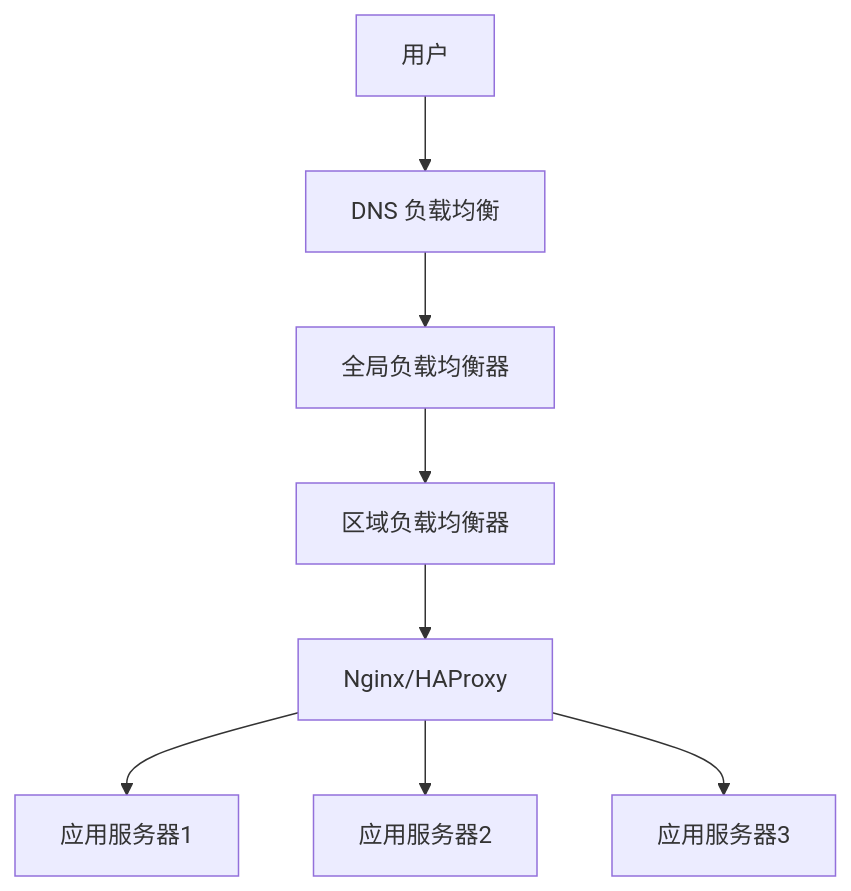
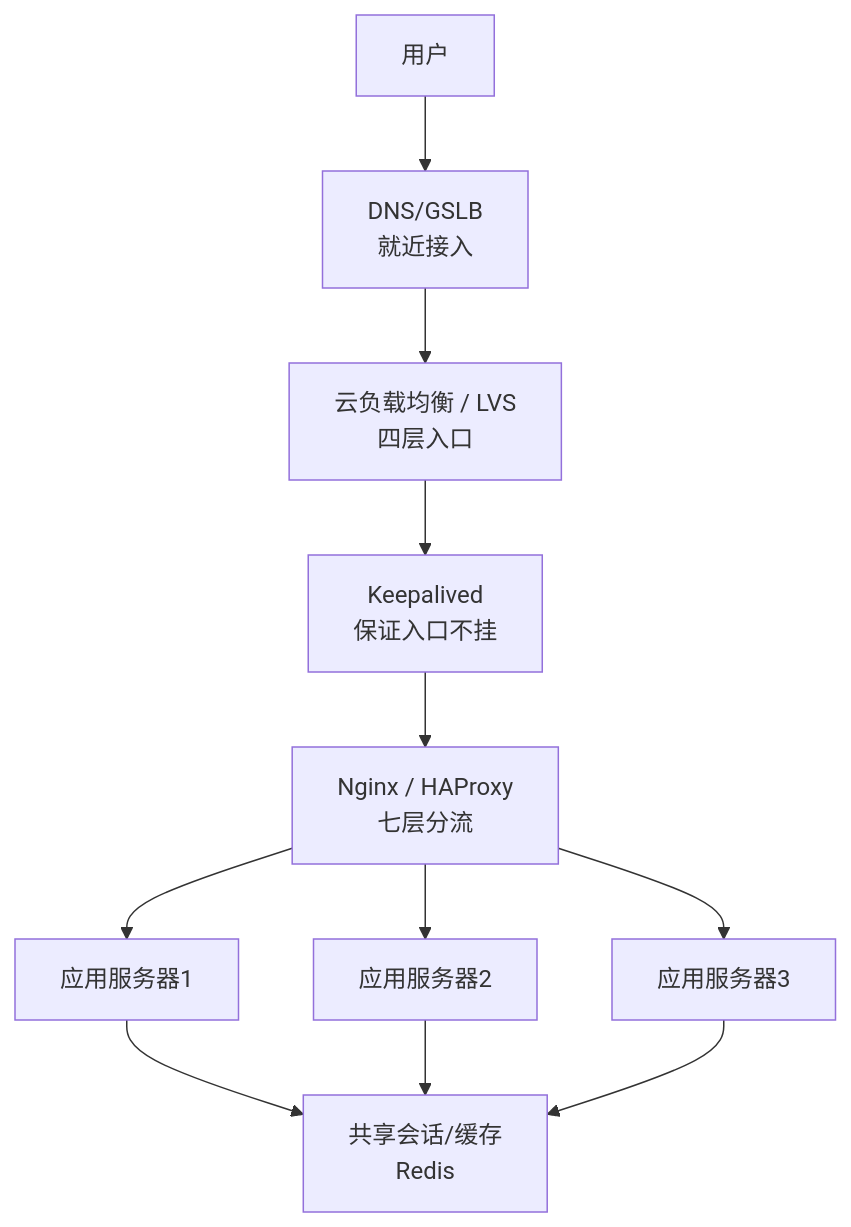
Before and after one commit to before80/prgms: the third of 3 diagrams in content/linux/load_balance_high_availability/Chapter-63-Load-Balancing.md, drawn with Mermaid. The commit also changed other lines of this file and 1645 other files, not shown here.

````diff
--- a/content/linux/load_balance_high_availability/Chapter-63-Load-Balancing.md
+++ b/content/linux/load_balance_high_availability/Chapter-63-Load-Balancing.md
@@ -834,10 +1072,13 @@
 ```mermaid
 graph TB
-    A[用户] --> B[DNS 负载均衡]
-    B --> C[全局负载均衡器]
-    C --> D[区域负载均衡器]
-    D --> E[Nginx/HAProxy]
+    A[用户] --> B[DNS/GSLB<br/>就近接入]
+    B --> C[云负载均衡 / LVS<br/>四层入口]
+    C --> D[Keepalived<br/>保证入口不挂]
+    D --> E[Nginx / HAProxy<br/>七层分流]
     E --> F[应用服务器1]
     E --> G[应用服务器2]
     E --> H[应用服务器3]
+    F --> I[共享会话/缓存<br/>Redis]
+    G --> I
+    H --> I
 ```
````
